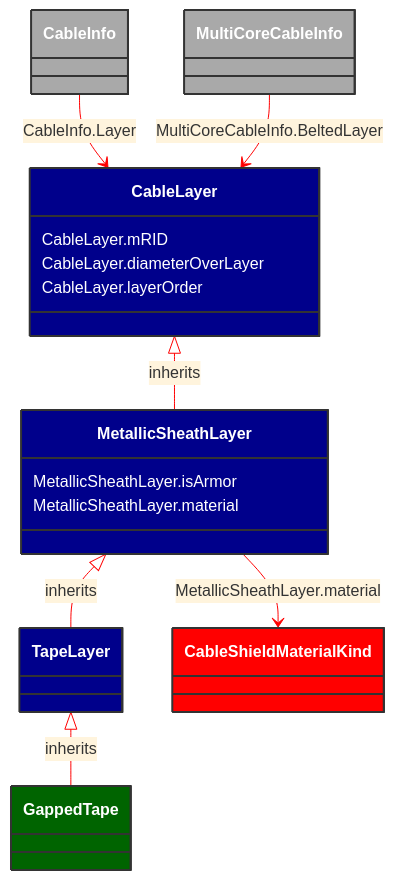
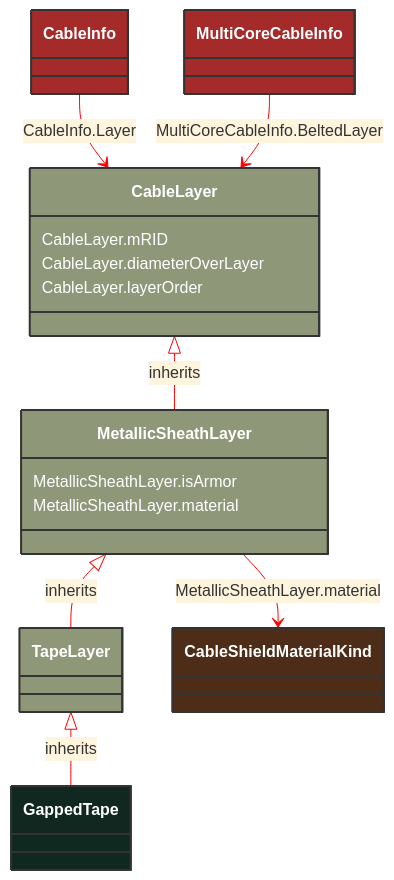
One commit to 3lbits/NoCIMExtensions changed the diagram in docs/Models/Profiles/SubseaCableInfo/ConcreteClasses/GappedTape.md. Above: the diagram before and after it, drawn with Mermaid. The commit also changed 190 other files, not shown here.

````diff
--- a/docs/Models/Profiles/SubseaCableInfo/ConcreteClasses/GappedTape.md
+++ b/docs/Models/Profiles/SubseaCableInfo/ConcreteClasses/GappedTape.md
@@ -8,48 +8,44 @@
 ```mermaid
 %%{init: {'theme':'base','themeVariables': {'lineColor': '#FF0000'}}}%%
 classDiagram
     class GappedTape
     click GappedTape href "/Models/Profiles/SubseaCableInfo/ConcreteClasses/GappedTape/"
-    style GappedTape fill:#006400,stroke:#333,stroke-width:2px,rx:10,ry:10,color:white
-
+    style GappedTape fill:#102820,stroke:#333,stroke-width:2px,rx:10,ry:10,color:white
+     
         TapeLayer <|-- GappedTape : inherits
             click TapeLayer href "/Models/Profiles/SubseaCableInfo/ConcreteClasses/TapeLayer/"
-            style TapeLayer fill:#00008B,stroke:#333,stroke-width:2px,rx:10,ry:10,color:white
-
-        GappedTape
-            click GappedTape href "/Models/Profiles/SubseaCableInfo/ConcreteClasses/GappedTape/"
-            style TapeLayer fill:#00008B,stroke:#333,stroke-width:2px,rx:10,ry:10,color:white
-
+            style TapeLayer fill:#8F9779,stroke:#333,stroke-width:2px,rx:10,ry:10,color:white
+     
         MetallicSheathLayer <|-- TapeLayer : inherits
             click MetallicSheathLayer href "/Models/Profiles/SubseaCableInfo/ConcreteClasses/MetallicSheathLayer/"
-            style MetallicSheathLayer fill:#00008B,stroke:#333,stroke-width:2px,rx:10,ry:10,color:white
-
+            style MetallicSheathLayer fill:#8F9779,stroke:#333,stroke-width:2px,rx:10,ry:10,color:white
+     
         CableLayer <|-- MetallicSheathLayer : inherits
             click CableLayer href "/Models/Profiles/SubseaCableInfo/AbstractClasses/CableLayer/"
-            style CableLayer fill:#00008B,stroke:#333,stroke-width:2px,rx:10,ry:10,color:white
+            style CableLayer fill:#8F9779,stroke:#333,stroke-width:2px,rx:10,ry:10,color:white
 
 
         CableInfo --> CableLayer : CableInfo.Layer
 
         CableInfo
             click CableInfo href "/Models/Profiles/SubseaCableInfo/ConcreteClasses/CableInfo/"
-            style CableInfo fill:#A9A9A9,stroke:#333,stroke-width:2px,rx:10,ry:10,color:white
+            style CableInfo fill:#A52A2A,stroke:#333,stroke-width:2px,rx:10,ry:10,color:white
 
         MultiCoreCableInfo --> CableLayer : MultiCoreCableInfo.BeltedLayer
 
         MultiCoreCableInfo
             click MultiCoreCableInfo href "/Models/Profiles/SubseaCableInfo/ConcreteClasses/MultiCoreCableInfo/"
-            style MultiCoreCableInfo fill:#A9A9A9,stroke:#333,stroke-width:2px,rx:10,ry:10,color:white
+            style MultiCoreCableInfo fill:#A52A2A,stroke:#333,stroke-width:2px,rx:10,ry:10,color:white
 
         MetallicSheathLayer --> CableShieldMaterialKind : MetallicSheathLayer.material
 
         CableShieldMaterialKind
             click CableShieldMaterialKind href "/Models/Profiles/SubseaCableInfo/Enumerations/CableShieldMaterialKind/"
-            style CableShieldMaterialKind fill:#FF0000,stroke:#333,stroke-width:2px,rx:10,ry:10,color:white
+            style CableShieldMaterialKind fill:#4D2D18,stroke:#333,stroke-width:2px,rx:10,ry:10,color:white
 
         MetallicSheathLayer : MetallicSheathLayer.isArmor
         MetallicSheathLayer : MetallicSheathLayer.material
         CableLayer : CableLayer.mRID
         CableLayer : CableLayer.diameterOverLayer
         CableLayer : CableLayer.layerOrder
 ```
````
